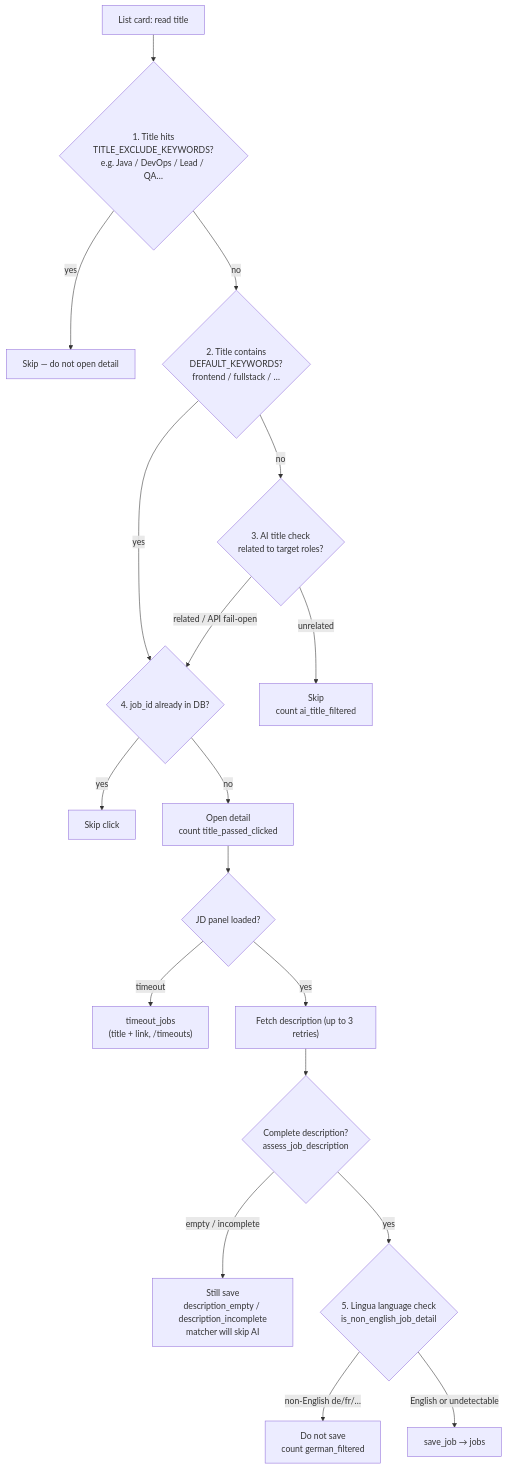
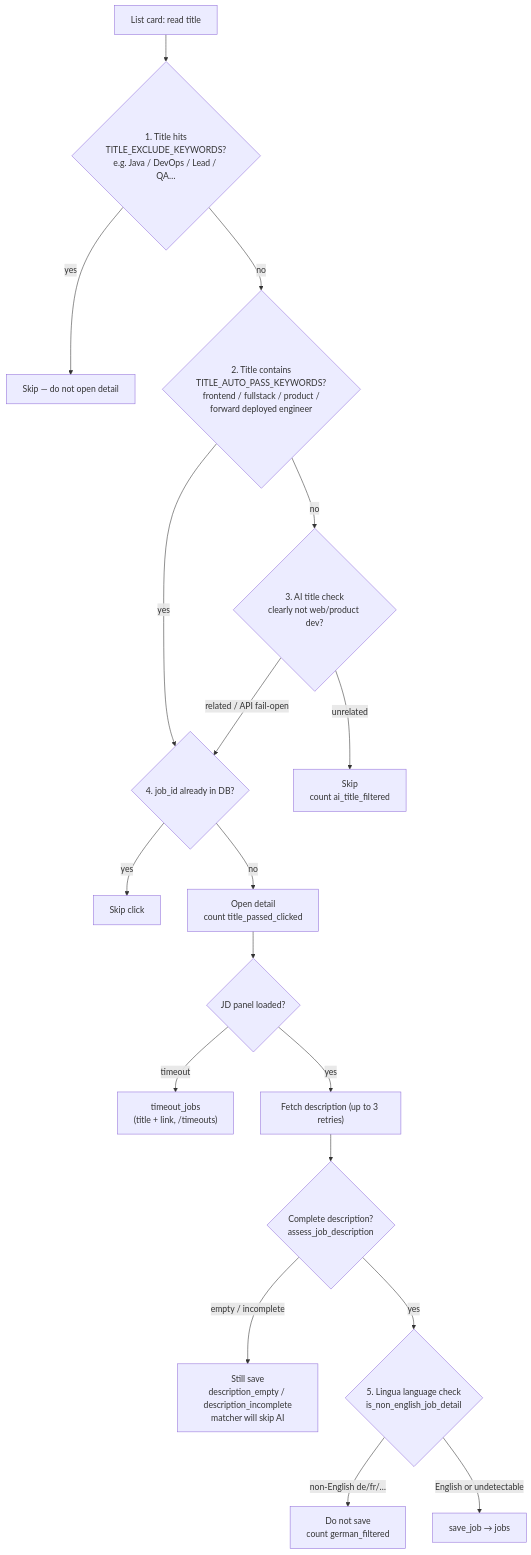
The third of 4 diagrams in docs/architecture.md (JialiNong/job_scraper), drawn with Mermaid before and after one commit. The commit also changed other lines of this file and 5 other files, not shown here.

First line of the commit message:
feat: stop auto-passing "software engineer" titles; allow Forward Deployed Engineer

````diff
--- a/docs/architecture.md
+++ b/docs/architecture.md
@@ -188,27 +188,27 @@
 ```mermaid
 flowchart TD
     Card["List card: read title"]
 
     Card --> Excl{"1. Title hits<br/>TITLE_EXCLUDE_KEYWORDS?<br/>e.g. Java / DevOps / Lead / QA…"}
     Excl -->|yes| Skip1["Skip — do not open detail"]
-    Excl -->|no| KW{"2. Title contains<br/>DEFAULT_KEYWORDS?<br/>frontend / fullstack / …"}
+    Excl -->|no| KW{"2. Title contains<br/>TITLE_AUTO_PASS_KEYWORDS?<br/>frontend / fullstack / product /<br/>forward deployed engineer"}
 
     KW -->|yes| Dedup
-    KW -->|no| AITitle{"3. AI title check<br/>related to target roles?"}
+    KW -->|no| AITitle{"3. AI title check<br/>clearly not web/product dev?"}
     AITitle -->|unrelated| Skip2["Skip<br/>count ai_title_filtered"]
     AITitle -->|related / API fail-open| Dedup
 
     Dedup{"4. job_id already in DB?"}
     Dedup -->|yes| Skip3["Skip click"]
     Dedup -->|no| Click["Open detail<br/>count title_passed_clicked"]
 
     Click --> Detail{"JD panel loaded?"}
     Detail -->|timeout| TO["timeout_jobs<br/>(title + link, /timeouts)"]
     Detail -->|yes| Fetch["Fetch description (up to 3 retries)"]
     Fetch --> Empty{"Complete description?<br/>assess_job_description"}
     Empty -->|empty / incomplete| SaveEmpty["Still save<br/>description_empty / description_incomplete<br/>matcher will skip AI"]
     Empty -->|yes| Lang{"5. Lingua language check<br/>is_non_english_job_detail"}
 
     Lang -->|non-English de/fr/…| SkipDE["Do not save<br/>count german_filtered"]
     Lang -->|English or undetectable| Save["save_job → jobs"]
 ```
````
